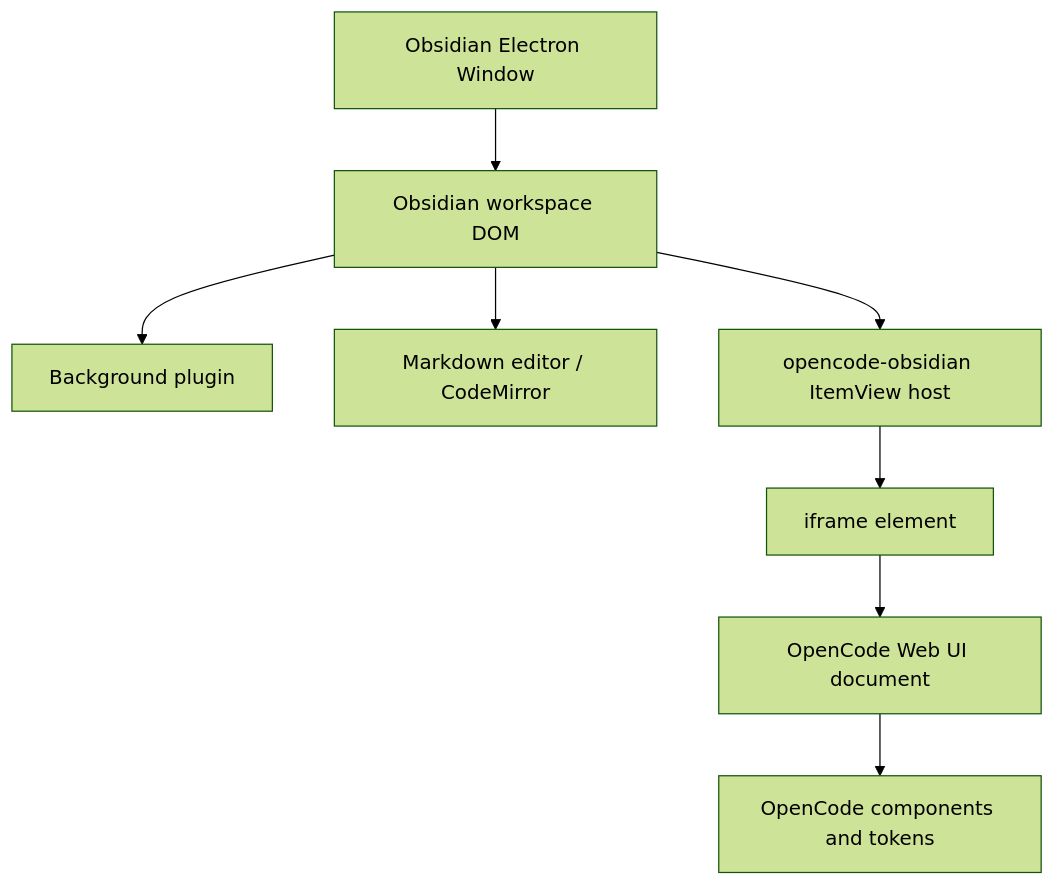
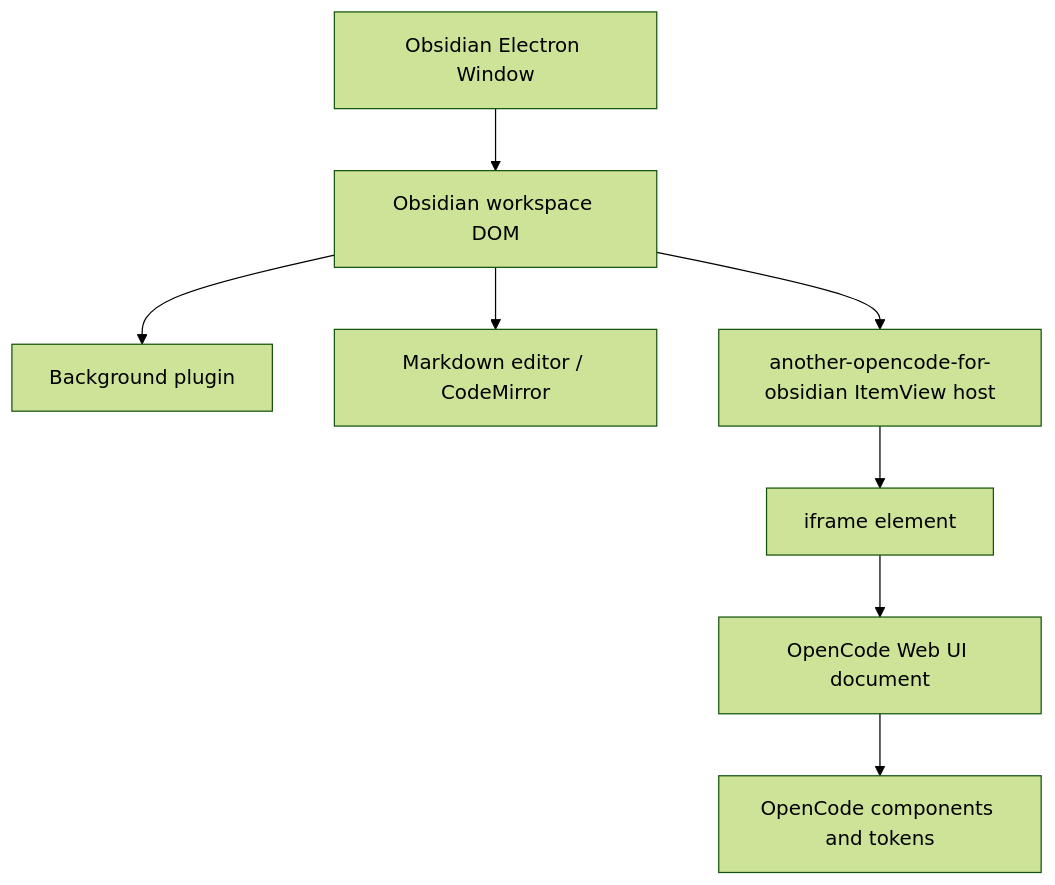
One commit to jensenojs/another-opencode-for-obsidian changed the first of 5 diagrams in docs/plans/2026-06-14-workspace-background-contract-plan.md. Above: the diagram before and after it, drawn with Mermaid (forest theme). The commit also changed other lines of this file and 33 other files, not shown here.

Commit message:
Migrate plugin identity to Another OpenCode for Obsidian

````diff
--- a/docs/plans/2026-06-14-workspace-background-contract-plan.md
+++ b/docs/plans/2026-06-14-workspace-background-contract-plan.md
@@ -121,10 +121,10 @@
 ```mermaid
 flowchart TB
   A["Obsidian Electron Window"] --> B["Obsidian workspace DOM"]
   B --> C["Background plugin"]
   B --> D["Markdown editor / CodeMirror"]
-  B --> E["opencode-obsidian ItemView host"]
+  B --> E["another-opencode-for-obsidian ItemView host"]
   E --> F["iframe element"]
   F --> G["OpenCode Web UI document"]
   G --> H["OpenCode components and tokens"]
 ```
````
